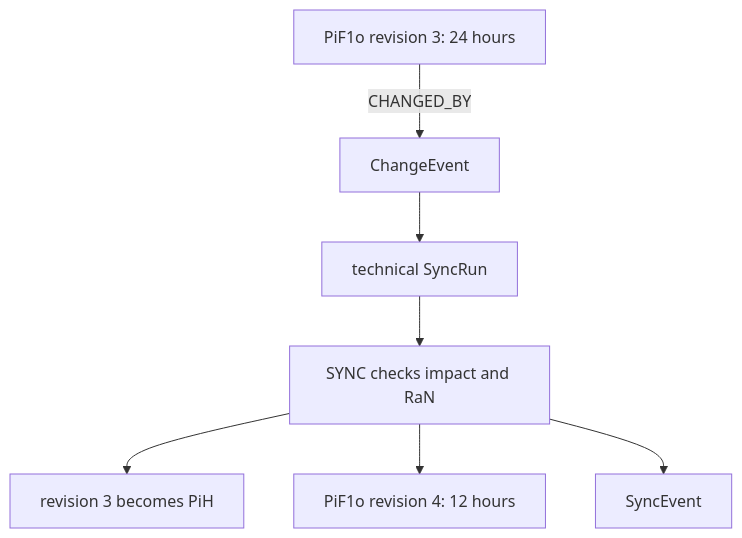
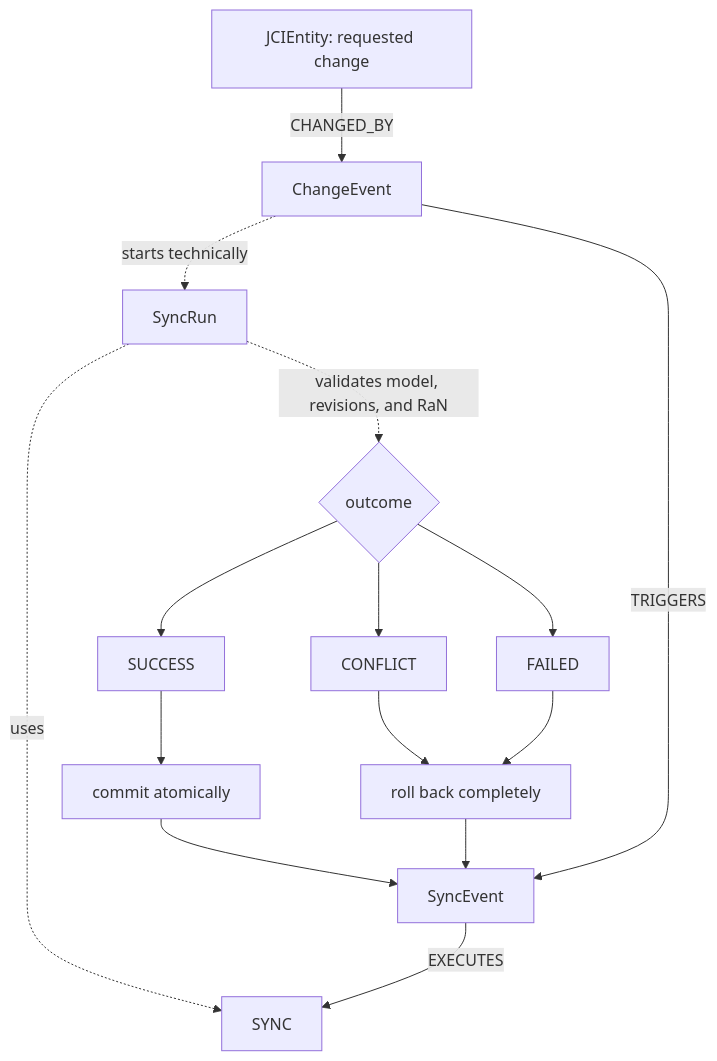
One commit to eeimicke/junaco-jci-loop changed the tenth of 12 diagrams in docs/en/guides/JCI_EXAMPLE.md. Above: the diagram before and after it, drawn with Mermaid. The commit also changed other lines of this file and 11 other files, not shown here.

````diff
--- a/docs/en/guides/JCI_EXAMPLE.md
+++ b/docs/en/guides/JCI_EXAMPLE.md
@@ -71,9 +230,17 @@
 ```mermaid
 flowchart TD
-    Old[PiF1o revision 3: 24 hours] -->|CHANGED_BY| ChangeEvent
-    ChangeEvent --> Run[technical SyncRun]
-    Run --> Check[SYNC checks impact and RaN]
-    Check --> History[revision 3 becomes PiH]
-    Check --> New[PiF1o revision 4: 12 hours]
-    Check --> SyncEvent
+    Entity[JCIEntity: requested change] -->|CHANGED_BY| ChangeEvent
+    ChangeEvent -. starts technically .-> Run[SyncRun]
+    Run -. uses .-> Definition[SYNC]
+    Run -. validates model, revisions, and RaN .-> Decision{outcome}
+    Decision --> Success[SUCCESS]
+    Decision --> Conflict[CONFLICT]
+    Decision --> Failed[FAILED]
+    Success --> Apply[commit atomically]
+    Conflict --> Rollback[roll back completely]
+    Failed --> Rollback
+    Apply --> Event[SyncEvent]
+    Rollback --> Event
+    ChangeEvent -->|TRIGGERS| Event
+    Event -->|EXECUTES| Definition
 ```
````
